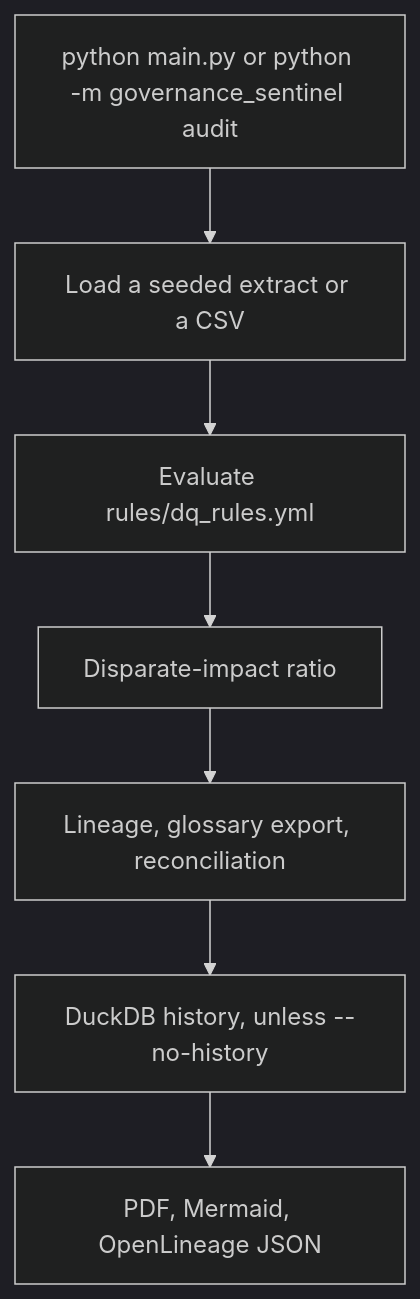
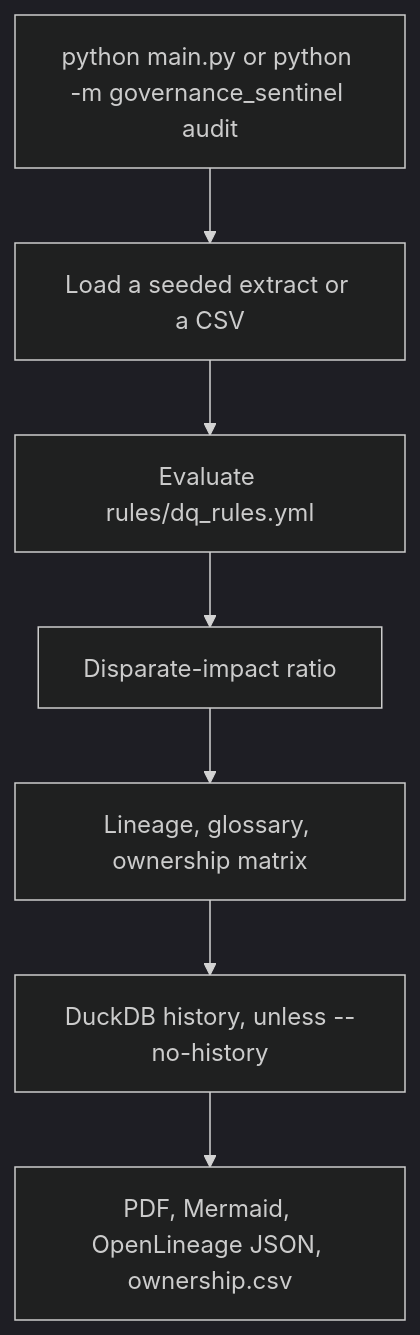
The first of 7 diagrams in README.md (delens/Governance-Sentinel), drawn with Mermaid (dark theme) before and after one commit. The commit also changed other lines of this file and 26 other files, not shown here.

First line of the commit message:
Add a one-page board summary, an ownership matrix, and catalog files. (#6)

````diff
--- a/README.md
+++ b/README.md
@@ -72,9 +82,9 @@
 ```mermaid
 flowchart TD
   start["python main.py or python -m governance_sentinel audit"] --> load["Load a seeded extract or a CSV"]
   load --> rules["Evaluate rules/dq_rules.yml"]
   rules --> fairness["Disparate-impact ratio"]
-  fairness --> lineage["Lineage, glossary export, reconciliation"]
+  fairness --> lineage["Lineage, glossary, ownership matrix"]
   lineage --> history["DuckDB history, unless --no-history"]
-  history --> pdf["PDF, Mermaid, OpenLineage JSON"]
+  history --> pdf["PDF, Mermaid, OpenLineage JSON, ownership.csv"]
 ```
````
